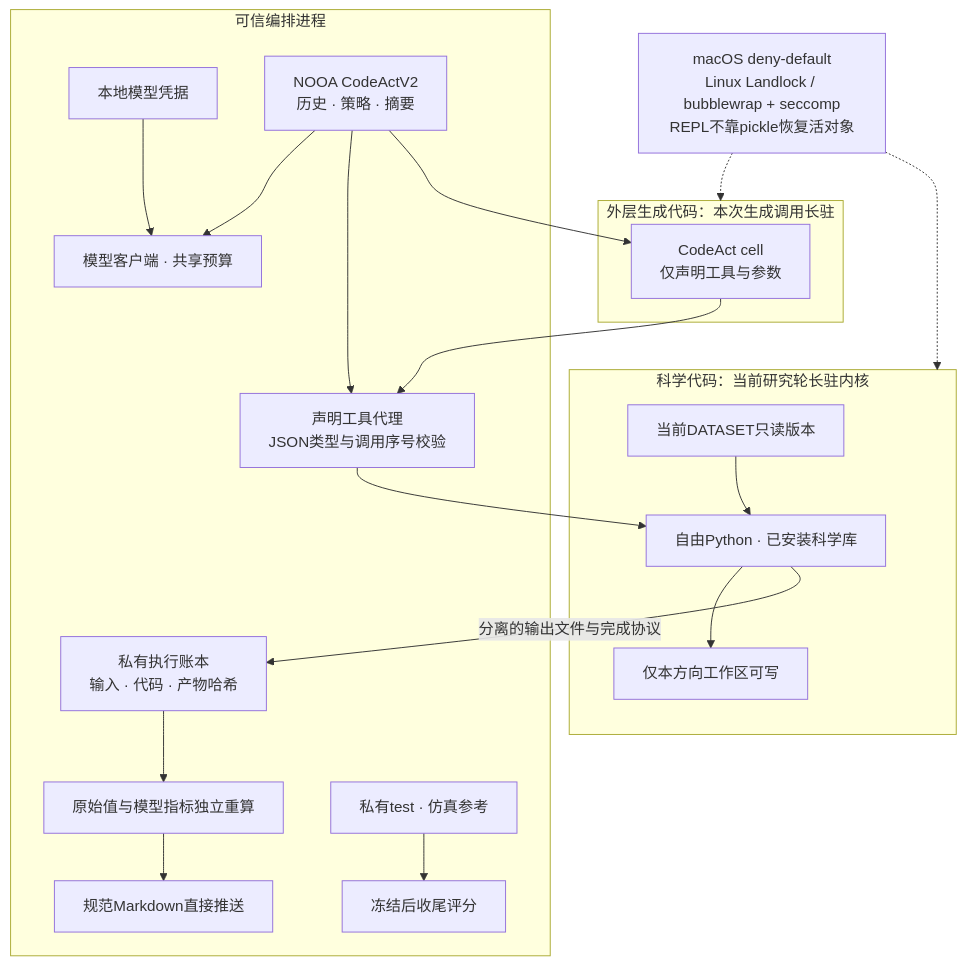
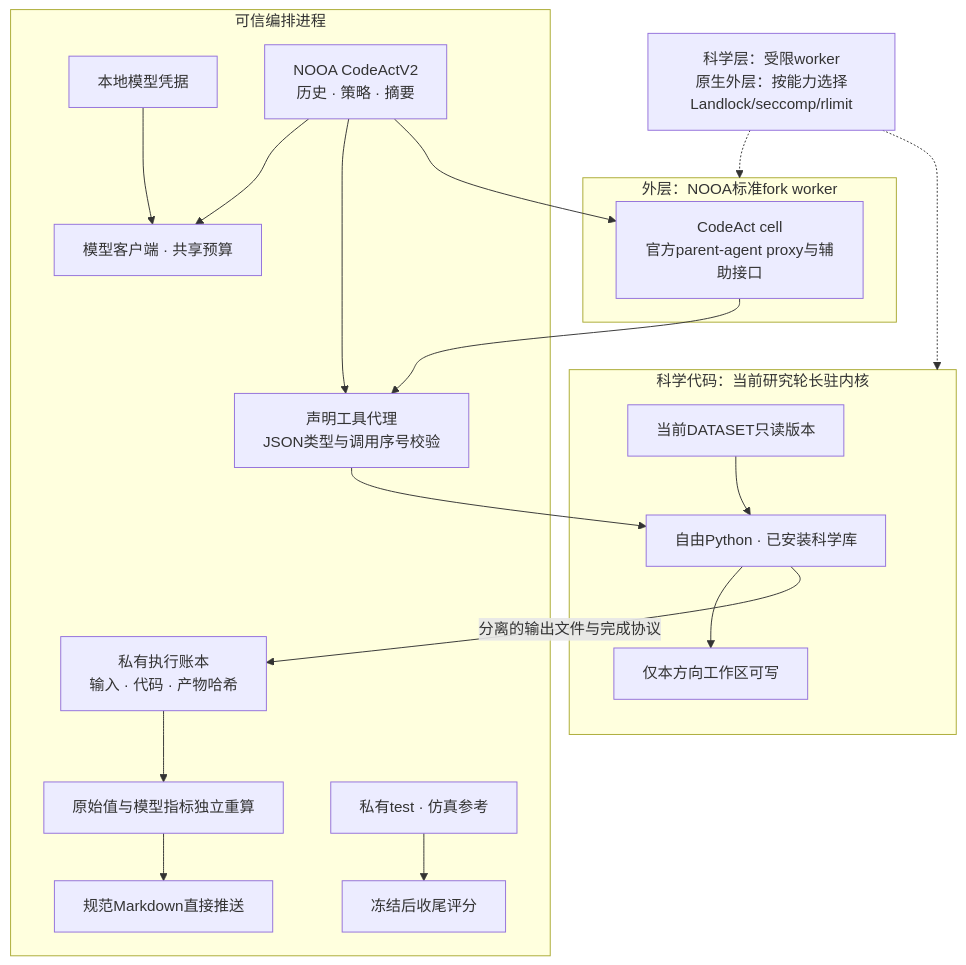
Before and after one commit to pty819/nooa-etching-rca: the diagram in docs/sphinx/diagrams/trust.mmd, drawn with Mermaid. The commit also changed 31 other files, not shown here.

First line of the commit message:
refactor: restore native NOOA sandbox and CodeAct semantics (#15)

```diff
--- a/docs/sphinx/diagrams/trust.mmd
+++ b/docs/sphinx/diagrams/trust.mmd
@@ -1,23 +1,23 @@
 flowchart TB
   subgraph HOST["可信编排进程"]
     KEY["本地模型凭据"] --> API["模型客户端 · 共享预算"]
     NOOA["NOOA CodeActV2<br/>历史 · 策略 · 摘要"] --> API
     NOOA --> RPC["声明工具代理<br/>JSON类型与调用序号校验"]
     LEDGER["私有执行账本<br/>输入 · 代码 · 产物哈希"] --> VERIFY["原始值与模型指标独立重算"]
     TEST["私有test · 仿真参考"] --> EVAL["冻结后收尾评分"]
     VERIFY --> MD["规范Markdown直接推送"]
   end
-  subgraph OUTER["外层生成代码：本次生成调用长驻"]
-    CELL["CodeAct cell<br/>仅声明工具与参数"]
+  subgraph OUTER["外层：NOOA标准fork worker"]
+    CELL["CodeAct cell<br/>官方parent-agent proxy与辅助接口"]
   end
   NOOA --> CELL
   CELL --> RPC
   subgraph SCIENCE["科学代码：当前研究轮长驻内核"]
     PY["自由Python · 已安装科学库"]
     IN["当前DATASET只读版本"] --> PY
     PY --> WORK["仅本方向工作区可写"]
   end
   RPC --> PY
   PY -->|"分离的输出文件与完成协议"| LEDGER
-  RULES["macOS deny-default<br/>Linux Landlock / bubblewrap + seccomp<br/>REPL不靠pickle恢复活对象"] -.-> OUTER
+  RULES["科学层：受限worker<br/>原生外层：按能力选择Landlock/seccomp/rlimit"] -.-> OUTER
   RULES -.-> SCIENCE
```
